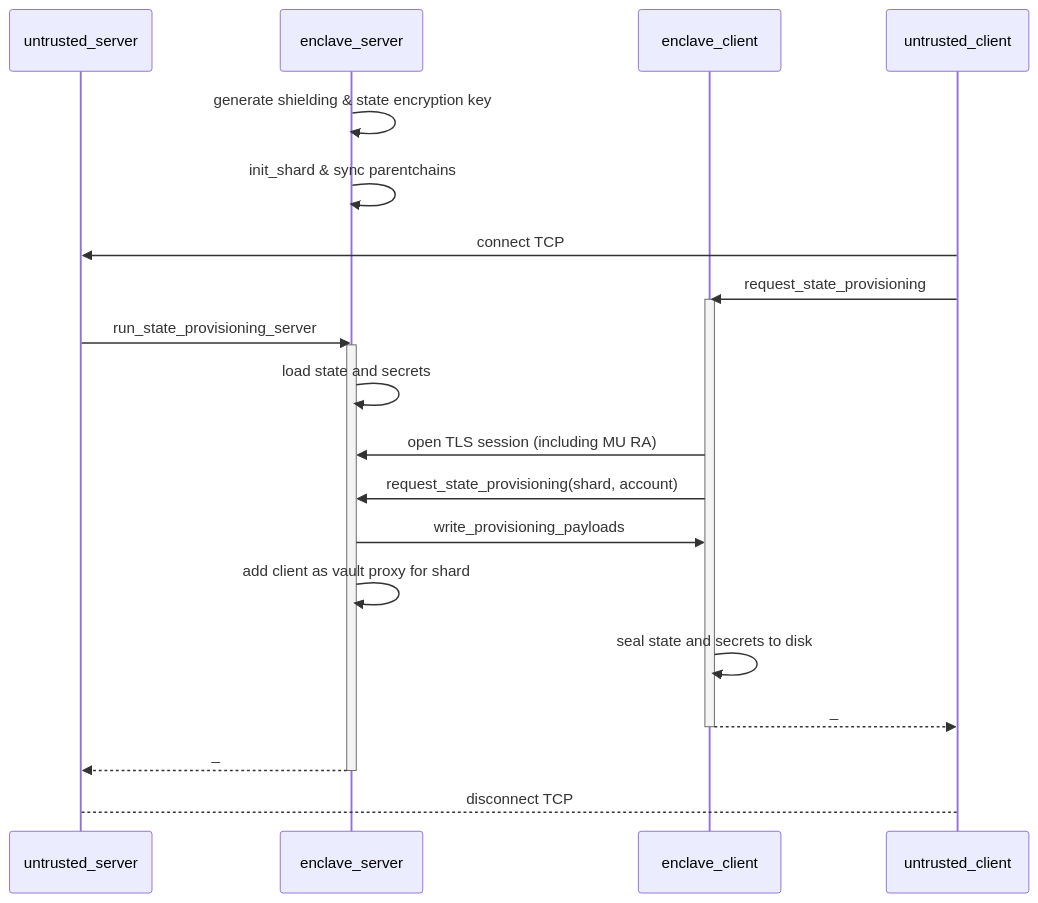
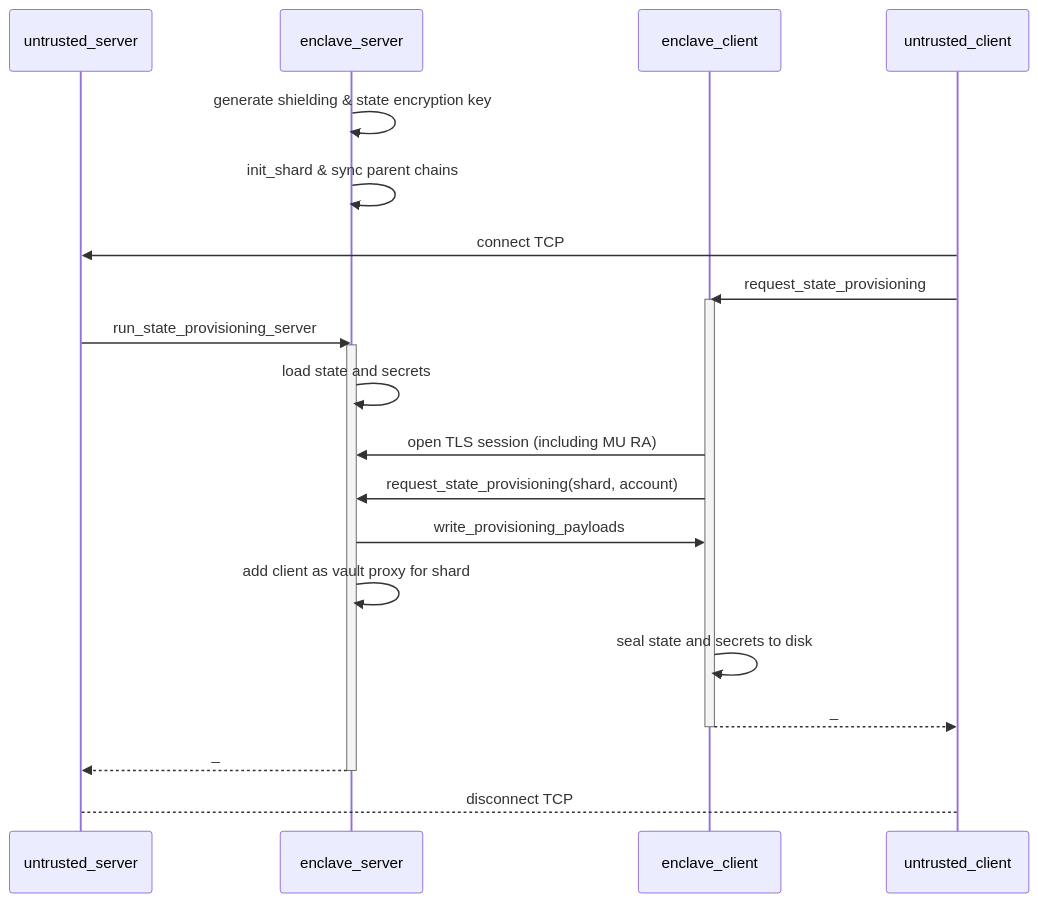
The diagram in enclave-runtime/src/tls_ra/README.md (integritee-network/worker), drawn with Mermaid before and after one commit. The commit also changed other lines of this file, not shown here.

````diff
--- a/enclave-runtime/src/tls_ra/README.md
+++ b/enclave-runtime/src/tls_ra/README.md
@@ -9,25 +9,25 @@
 ```mermaid
 sequenceDiagram
 participant untrusted_server
 participant enclave_server
 participant enclave_client
 participant untrusted_client
 enclave_server ->> enclave_server: generate shielding & state encryption key
-enclave_server ->> enclave_server: init_shard & sync parentchains
+enclave_server ->> enclave_server: init_shard & sync parent chains
 untrusted_client ->> untrusted_server: connect TCP
 untrusted_client ->> enclave_client: request_state_provisioning
 activate enclave_client
 untrusted_server ->> enclave_server: run_state_provisioning_server
 activate enclave_server
 enclave_server ->> enclave_server: load state and secrets 
 enclave_client ->> enclave_server: open TLS session (including MU RA)
 enclave_client ->> enclave_server: request_state_provisioning(shard, account)
 enclave_server ->> enclave_client: write_provisioning_payloads
 enclave_server ->> enclave_server: add client as vault proxy for shard
 enclave_client ->> enclave_client: seal state and secrets to disk
 enclave_client -->> untrusted_client: _
 deactivate enclave_client
 enclave_server -->> untrusted_server: _
 deactivate enclave_server
 untrusted_client --> untrusted_server: disconnect TCP
 ```
````
